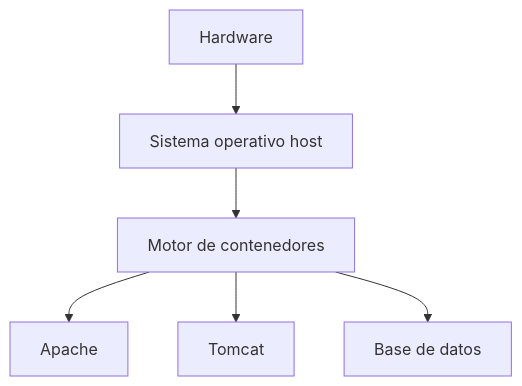
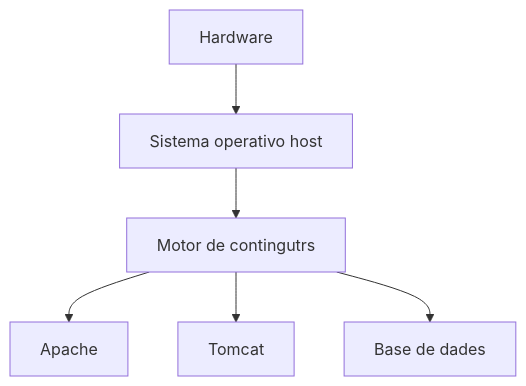
The third of 12 diagrams in docs/daw-daw/up3/09-virtualizacion-contenedores-nube.md (jordicido/jordicina), drawn with Mermaid before and after one commit. The commit also changed other lines of this file and 10 other files, not shown here.

````diff
--- a/docs/daw-daw/up3/09-virtualizacion-contenedores-nube.md
+++ b/docs/daw-daw/up3/09-virtualizacion-contenedores-nube.md
@@ -106,8 +106,8 @@
 ```mermaid
 flowchart TD
     H["Hardware"] --> OS["Sistema operativo host"]
-    OS --> D["Motor de contenedores"]
+    OS --> D["Motor de contingutrs"]
     D --> C1["Apache"]
     D --> C2["Tomcat"]
-    D --> C3["Base de datos"]
+    D --> C3["Base de dades"]
 ```
````
